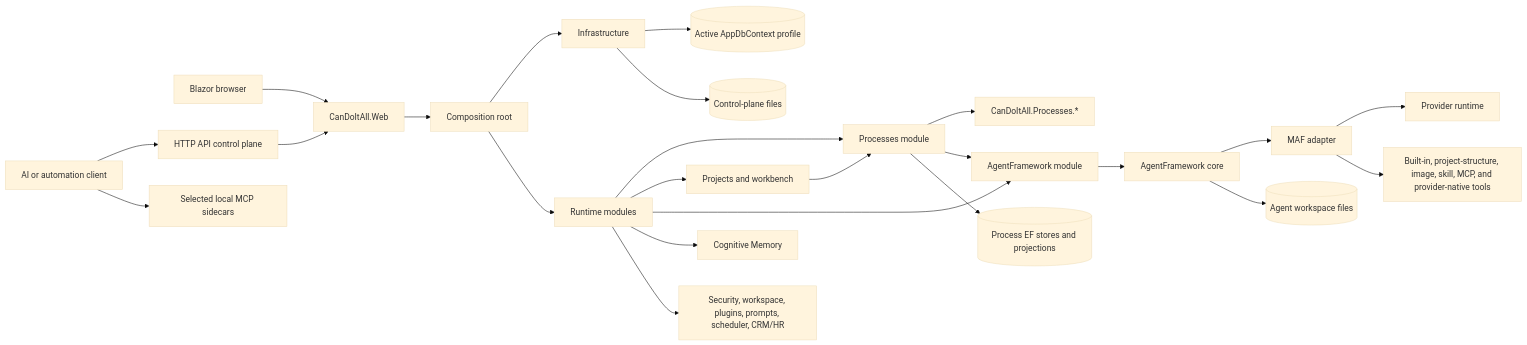
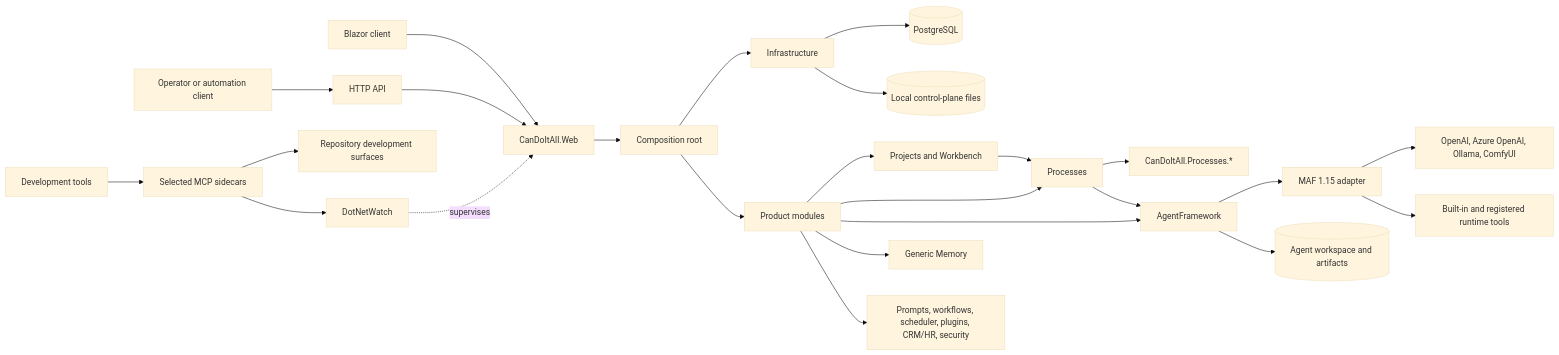
Before and after one commit to fyziktom/CanDoItAll: the first of 3 diagrams in docs/architecture-beta.md, drawn with Mermaid (base theme). The commit also changed other lines of this file and 117 other files, not shown here.

````diff
--- a/docs/architecture-beta.md
+++ b/docs/architecture-beta.md
@@ -32,30 +11,31 @@
 ```mermaid
 flowchart LR
-    Browser["Blazor browser"] --> Web["CanDoItAll.Web"]
-    Agent["AI or automation client"] --> Api["HTTP API control plane"]
-    Agent --> Mcp["Selected local MCP sidecars"]
+    Browser["Blazor client"] --> Web["CanDoItAll.Web"]
+    Automation["Operator or automation client"] --> Api["HTTP API"]
+    Development["Development tools"] --> Mcp["Selected MCP sidecars"]
 
     Api --> Web
+    Mcp --> DevSurfaces["Repository development surfaces"]
+    Mcp --> DotNetWatch["DotNetWatch"]
+    DotNetWatch -. supervises .-> Web
     Web --> Composition["Composition root"]
     Composition --> Infrastructure["Infrastructure"]
-    Composition --> Modules["Runtime modules"]
+    Composition --> Modules["Product modules"]
 
-    Modules --> Processes["Processes module"]
-    Modules --> Workbench["Projects and workbench"]
-    Modules --> AgentModule["AgentFramework module"]
-    Modules --> Memory["Cognitive Memory"]
-    Modules --> OtherModules["Security, workspace, plugins, prompts, scheduler, CRM/HR"]
+    Modules --> Workbench["Projects and Workbench"]
+    Modules --> Processes["Processes"]
+    Modules --> Agents["AgentFramework"]
+    Modules --> Memory["Generic Memory"]
+    Modules --> Other["Prompts, workflows, scheduler, plugins, CRM/HR, security"]
 
-    Processes --> ProcessLibraries["CanDoItAll.Processes.*"]
-    Processes --> AgentModule
+    Processes --> ProcessCore["CanDoItAll.Processes.*"]
+    Processes --> Agents
     Workbench --> Processes
-    AgentModule --> AgentCore["AgentFramework core"]
-    AgentCore --> Maf["MAF adapter"]
-    Maf --> ProviderRuntime["Provider runtime"]
-    Maf --> RuntimeTools["Built-in, project-structure, image, skill, MCP, and provider-native tools"]
+    Agents --> Maf["MAF 1.15 adapter"]
+    Maf --> Providers["OpenAI, Azure OpenAI, Ollama, ComfyUI"]
+    Maf --> Tools["Built-in and registered runtime tools"]
 
-    Infrastructure --> AppDb[("Active AppDbContext profile")]
-    Infrastructure --> ControlPlane[("Control-plane files")]
-    AgentCore --> WorkspaceFiles[("Agent workspace files")]
-    Processes --> ProcessDb[("Process EF stores and projections")]
+    Infrastructure --> Postgres[("PostgreSQL")]
+    Infrastructure --> ControlPlane[("Local control-plane files")]
+    Agents --> Workspace[("Agent workspace and artifacts")]
 ```
````
